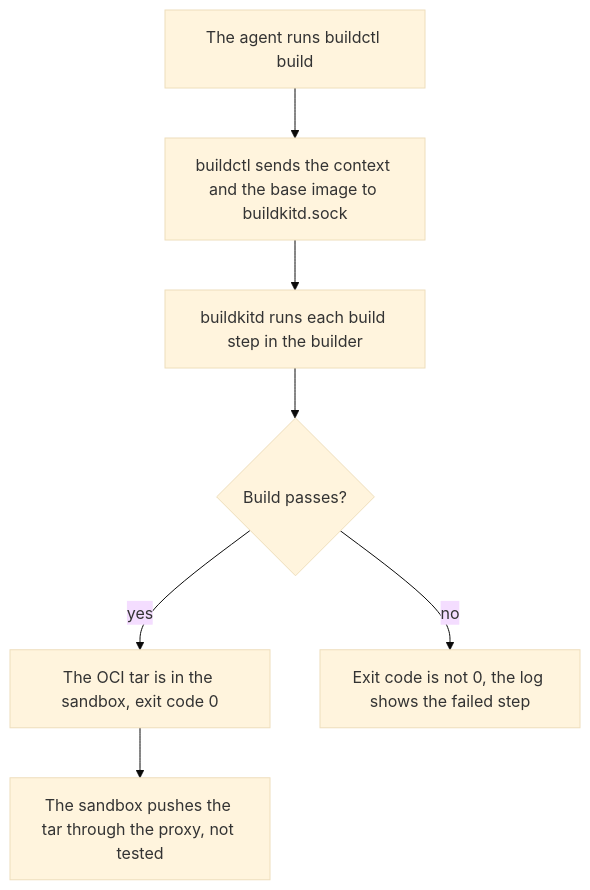
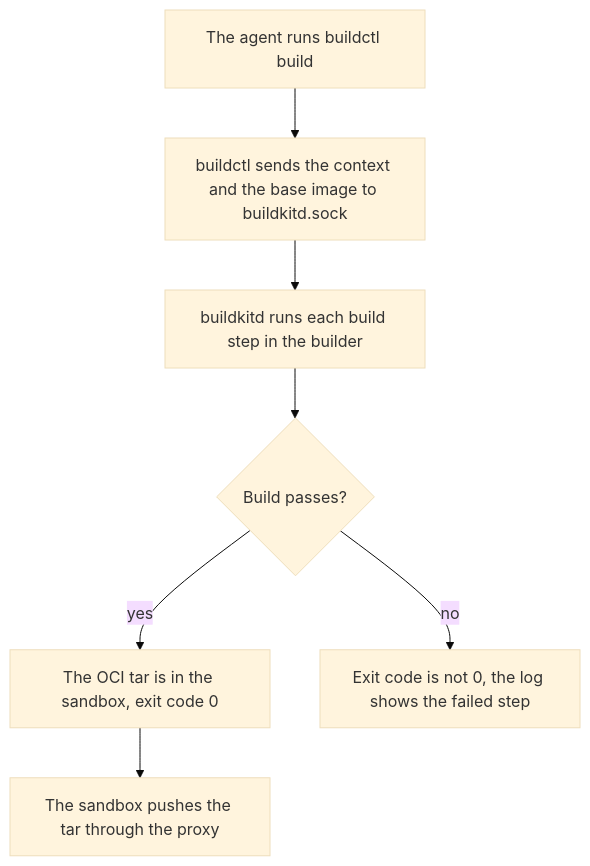
The fourth of 4 diagrams in .sandbox/README.md (raghav19/engineersdaybook), drawn with Mermaid (base theme) before and after one commit. The commit also changed other lines of this file and 2 other files, not shown here.

First line of the commit message:
docs: make the sandbox README match the validated workflow

````diff
--- a/.sandbox/README.md
+++ b/.sandbox/README.md
@@ -153,9 +160,9 @@
 ```mermaid
 flowchart TD
     A["The agent runs buildctl build"] --> B["buildctl sends the context and the base image to buildkitd.sock"]
     B --> C["buildkitd runs each build step in the builder"]
     C --> D{"Build passes?"}
     D -->|yes| E["The OCI tar is in the sandbox, exit code 0"]
     D -->|no| F["Exit code is not 0, the log shows the failed step"]
-    E --> G["The sandbox pushes the tar through the proxy, not tested"]
+    E --> G["The sandbox pushes the tar through the proxy"]
 ```
````
